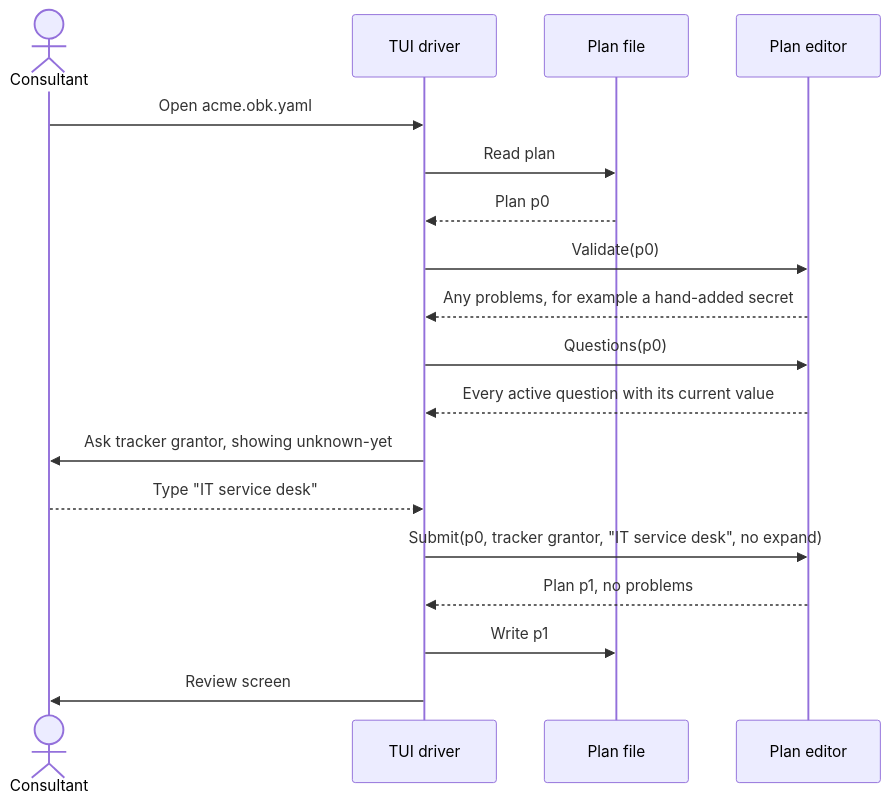
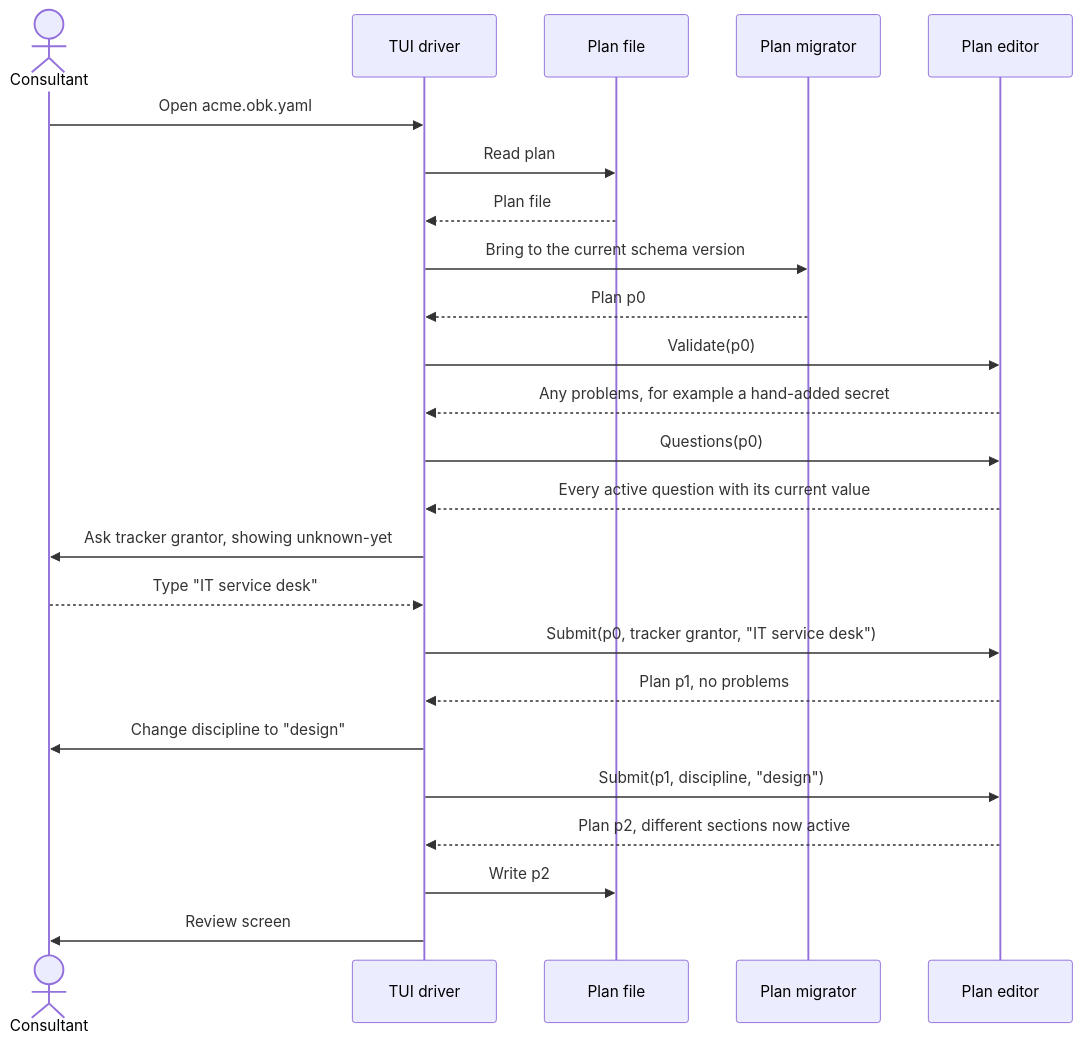
Before and after one commit to 8thlight-daveloper/onboard-kit: the fourth of 4 diagrams in docs/decisions/0010-plan-editor.md, drawn with Mermaid. The commit also changed other lines of this file and 4 other files, not shown here.

````diff
--- a/docs/decisions/0010-plan-editor.md
+++ b/docs/decisions/0010-plan-editor.md
@@ -292,23 +287,30 @@
 ```mermaid
 sequenceDiagram
     actor C as Consultant
     participant T as TUI driver
     participant F as Plan file
+    participant M as Plan migrator
     participant E as Plan editor
 
     C->>T: Open acme.obk.yaml
     T->>F: Read plan
-    F-->>T: Plan p0
+    F-->>T: Plan file
+    T->>M: Bring to the current schema version
+    M-->>T: Plan p0
     T->>E: Validate(p0)
     E-->>T: Any problems, for example a hand-added secret
 
     T->>E: Questions(p0)
     E-->>T: Every active question with its current value
     T->>C: Ask tracker grantor, showing unknown-yet
     C-->>T: Type "IT service desk"
-    T->>E: Submit(p0, tracker grantor, "IT service desk", no expand)
+    T->>E: Submit(p0, tracker grantor, "IT service desk")
     E-->>T: Plan p1, no problems
 
-    T->>F: Write p1
+    T->>C: Change discipline to "design"
+    T->>E: Submit(p1, discipline, "design")
+    E-->>T: Plan p2, different sections now active
+
+    T->>F: Write p2
     T->>C: Review screen
 ```
````
